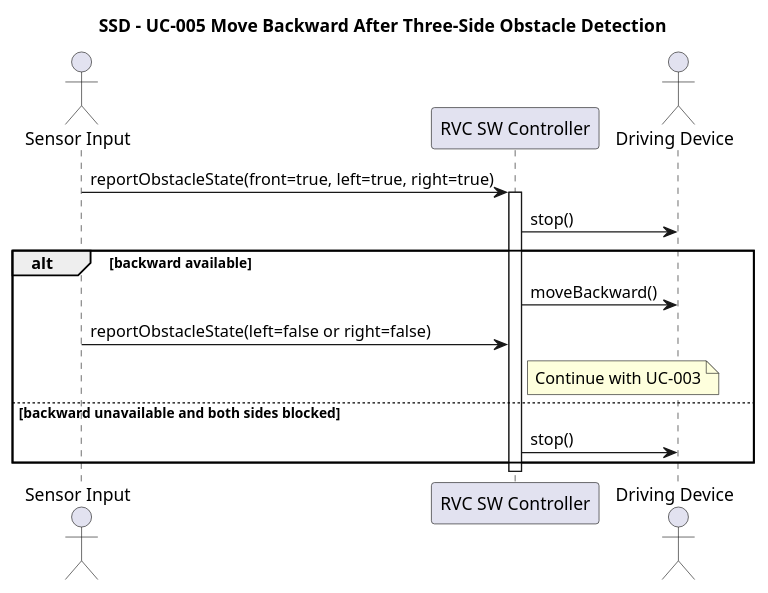
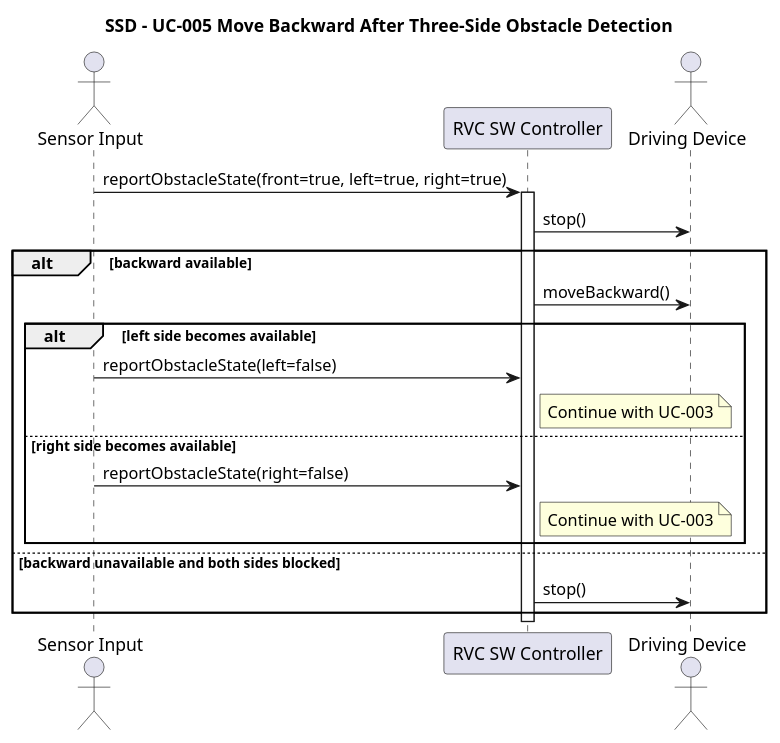
The diagram in docs/ssd/UC-005.puml (OOAD-Team3/Robot-Vacuum-Cleaner-AI), drawn with PlantUML before and after one commit.

Commit message:
Potential fix for pull request finding

```diff
--- a/docs/ssd/UC-005.puml
+++ b/docs/ssd/UC-005.puml
@@ -1,20 +1,25 @@
 @startuml SSD_UC005_Backward_On_Three_Side_Obstacle
 title SSD - UC-005 Move Backward After Three-Side Obstacle Detection
 
 actor "Sensor Input" as Sensor
 participant "RVC SW Controller" as System
 actor "Driving Device" as Drive
 
 Sensor -> System: reportObstacleState(front=true, left=true, right=true)
 activate System
 System -> Drive: stop()
 
 alt backward available
     System -> Drive: moveBackward()
-    Sensor -> System: reportObstacleState(left=false or right=false)
-    note right of System: Continue with UC-003
+    alt left side becomes available
+        Sensor -> System: reportObstacleState(left=false)
+        note right of System: Continue with UC-003
+    else right side becomes available
+        Sensor -> System: reportObstacleState(right=false)
+        note right of System: Continue with UC-003
+    end
 else backward unavailable and both sides blocked
     System -> Drive: stop()
 end
 deactivate System
 @enduml
```
